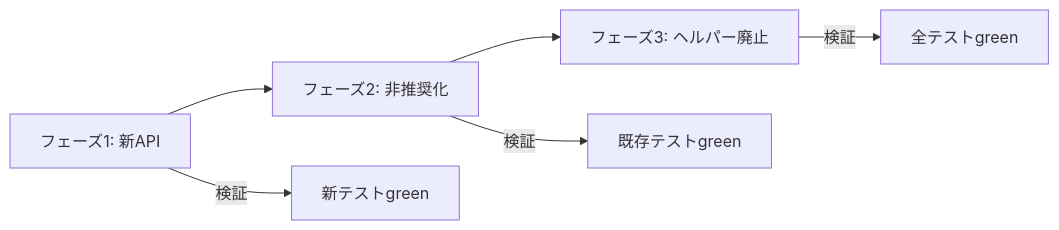
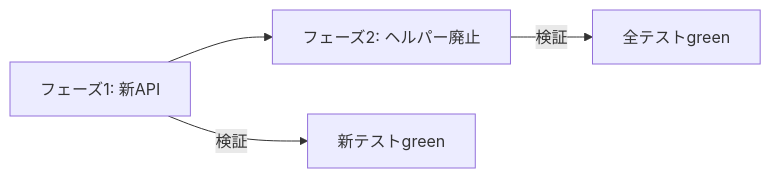
Before and after one commit to ekicyou/pasta: the third of 3 diagrams in .kiro/specs/lua-transpiler-pastafile-migration/design.md, drawn with Mermaid. The commit also changed other lines of this file and 1 other file, not shown here.

````diff
--- a/.kiro/specs/lua-transpiler-pastafile-migration/design.md
+++ b/.kiro/specs/lua-transpiler-pastafile-migration/design.md
@@ -419,8 +398,6 @@
 ```mermaid
 graph LR
-    A[フェーズ1: 新API] --> B[フェーズ2: 非推奨化]
-    B --> C[フェーズ3: ヘルパー廃止]
+    A[フェーズ1: 新API] --> B[フェーズ2: ヘルパー廃止]
     A --> |検証| A1[新テストgreen]
-    B --> |検証| B1[既存テストgreen]
-    C --> |検証| C1[全テストgreen]
+    B --> |検証| B1[全テストgreen]
 ```
````
